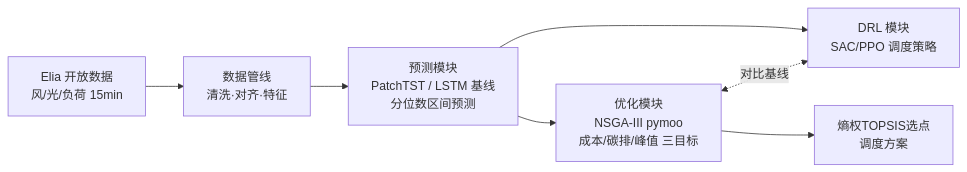
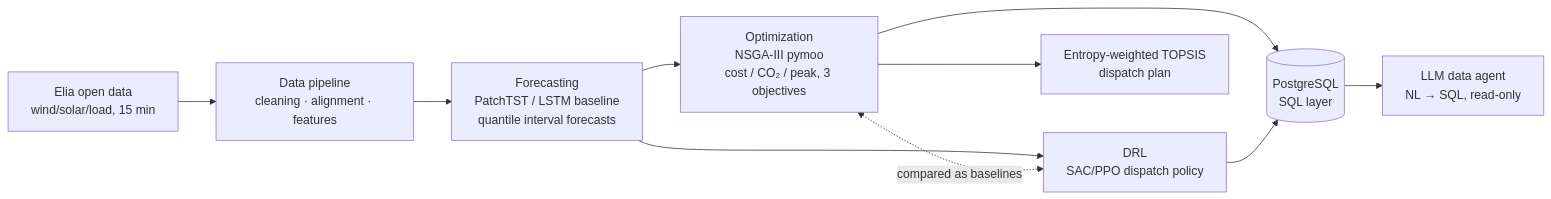
One commit to huanggeyu717-beep/microgrid-dispatch changed the diagram in README.md. Above: the diagram before and after it, drawn with Mermaid. The commit also changed other lines of this file, not shown here.

Commit message:
docs(readme): translate README to English; cover SQL layer and data agent

````diff
--- a/README.md
+++ b/README.md
@@ -7,9 +7,12 @@
 ```mermaid
 flowchart LR
-    A[Elia 开放数据<br>风/光/负荷 15min] --> B[数据管线<br>清洗·对齐·特征]
-    B --> C[预测模块<br>PatchTST / LSTM 基线<br>分位数区间预测]
-    C --> D[优化模块<br>NSGA-III pymoo<br>成本/碳排/峰值 三目标]
-    C --> E[DRL 模块<br>SAC/PPO 调度策略]
-    D <-.对比基线.-> E
-    D --> F[熵权TOPSIS选点<br>调度方案]
+    A[Elia open data<br>wind/solar/load, 15 min] --> B[Data pipeline<br>cleaning · alignment · features]
+    B --> C[Forecasting<br>PatchTST / LSTM baseline<br>quantile interval forecasts]
+    C --> D[Optimization<br>NSGA-III pymoo<br>cost / CO₂ / peak, 3 objectives]
+    C --> E[DRL<br>SAC/PPO dispatch policy]
+    D <-.compared as baselines.-> E
+    D --> F[Entropy-weighted TOPSIS<br>dispatch plan]
+    D --> G[(PostgreSQL<br>SQL layer)]
+    E --> G
+    G --> H[LLM data agent<br>NL → SQL, read-only]
 ```
````
